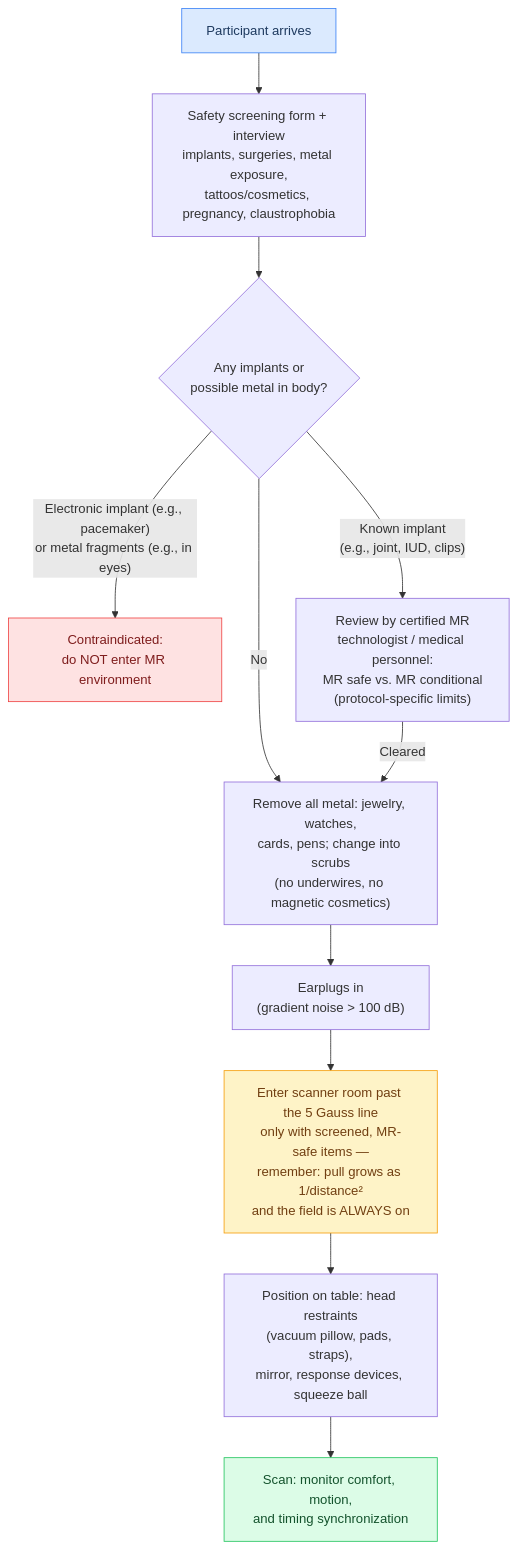
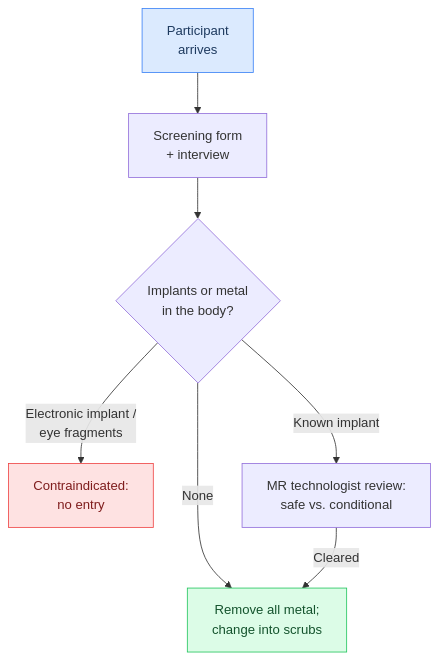
One commit to torwager/elements-of-fmri-tutorials changed the first of 2 diagrams in part3/ch11-mri-and-human-factors.md. Above: the diagram before and after it, drawn with Mermaid. The commit also changed other lines of this file and 64 other files, not shown here.

First line of the commit message:
Polish batch A (ch 1-21): equation where-lines + hover tooltips, verbose comments, example outputs, resource links, figure rights + fixes, mermaid cleanup

````diff
--- a/part3/ch11-mri-and-human-factors.md
+++ b/part3/ch11-mri-and-human-factors.md
@@ -49,17 +51,12 @@
 ```{mermaid}
 flowchart TD
-    A["Participant arrives"] --> B["Safety screening form + interview<br/>implants, surgeries, metal exposure,<br/>tattoos/cosmetics, pregnancy, claustrophobia"]
-    B --> C{"Any implants or<br/>possible metal in body?"}
-    C -- "Electronic implant (e.g., pacemaker)<br/>or metal fragments (e.g., in eyes)" --> D["Contraindicated:<br/>do NOT enter MR environment"]
-    C -- "Known implant<br/>(e.g., joint, IUD, clips)" --> E["Review by certified MR<br/>technologist / medical personnel:<br/>MR safe vs. MR conditional<br/>(protocol-specific limits)"]
-    C -- "No" --> F["Remove all metal: jewelry, watches,<br/>cards, pens; change into scrubs<br/>(no underwires, no magnetic cosmetics)"]
+    A["Participant<br/>arrives"] --> B["Screening form<br/>+ interview"]
+    B --> C{"Implants or metal<br/>in the body?"}
+    C -- "Electronic implant /<br/>eye fragments" --> D["Contraindicated:<br/>no entry"]
+    C -- "Known implant" --> E["MR technologist review:<br/>safe vs. conditional"]
+    C -- "None" --> F["Remove all metal;<br/>change into scrubs"]
     E -- "Cleared" --> F
-    F --> G["Earplugs in<br/>(gradient noise > 100 dB)"]
-    G --> H["Enter scanner room past the 5 Gauss line<br/>only with screened, MR-safe items —<br/>remember: pull grows as 1/distance²<br/>and the field is ALWAYS on"]
-    H --> I["Position on table: head restraints<br/>(vacuum pillow, pads, straps),<br/>mirror, response devices, squeeze ball"]
-    I --> J["Scan: monitor comfort, motion,<br/>and timing synchronization"]
     style A fill:#dbeafe,stroke:#3b82f6,color:#1e3a5f
     style D fill:#fee2e2,stroke:#ef4444,color:#7f1d1d
-    style H fill:#fef3c7,stroke:#f59e0b,color:#713f12
-    style J fill:#dcfce7,stroke:#22c55e,color:#14532d
+    style F fill:#dcfce7,stroke:#22c55e,color:#14532d
 ```
````
